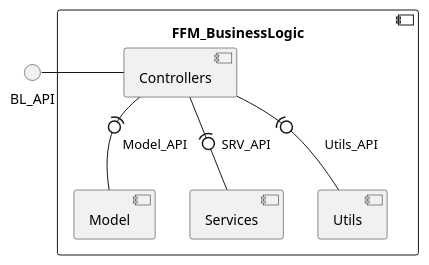
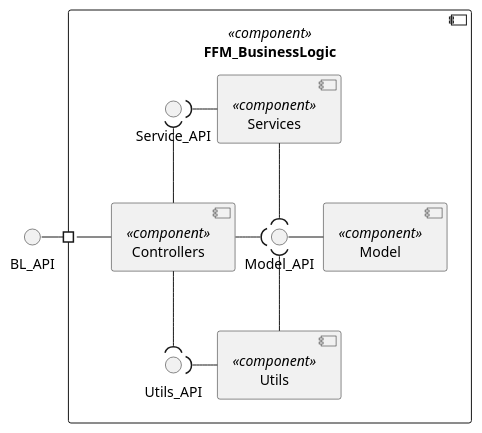
The second of 2 diagrams in docs/sprint1/diagrams/LogicView.md (tomas-osswald/switch_2020_g3), drawn with PlantUML before and after one commit. The commit also changed other lines of this file and 1 other file, not shown here.

Commit message:
Change to DeploymentView.md and LogicView.md

````diff
--- a/docs/sprint1/diagrams/LogicView.md
+++ b/docs/sprint1/diagrams/LogicView.md
@@ -32,22 +29,30 @@
 ```puml
-component "FFM_BusinessLogic" {
-   component "Controllers" {
+
+circle "BL_API" as BL_API
+
+component FFM_BusinessLogic as FFM_BL <<component>> {
+   component Controllers <<component>> {
    }
-   component "Model" {
+   circle Model_API
+   circle Service_API
+   circle Utils_API
+   component Model <<component>> {
    }
-   component "Services" {
+   component Services <<component>> {
    }
-   component "Utils" {
+   component Utils <<component>> {
    }
 }
-() "BL_API" as BL_API
 
+BL_API -# FFM_BL
 
-BL_API - Controllers
-Controllers -(0- Model : Model_API
-
-Controllers -(0- Services : SRV_API
-
-Controllers -(0- Utils : Utils_API
-
+FFM_BL - Controllers
+Controllers -( Model_API
+Controllers -up-( Service_API
+Controllers -down-( Utils_API
+Service_API )-right- Services
+Model_API -right- Model
+Utils_API )-right- Utils
+Services -( Model_API
+Utils -up-( Model_API
 ```
````
